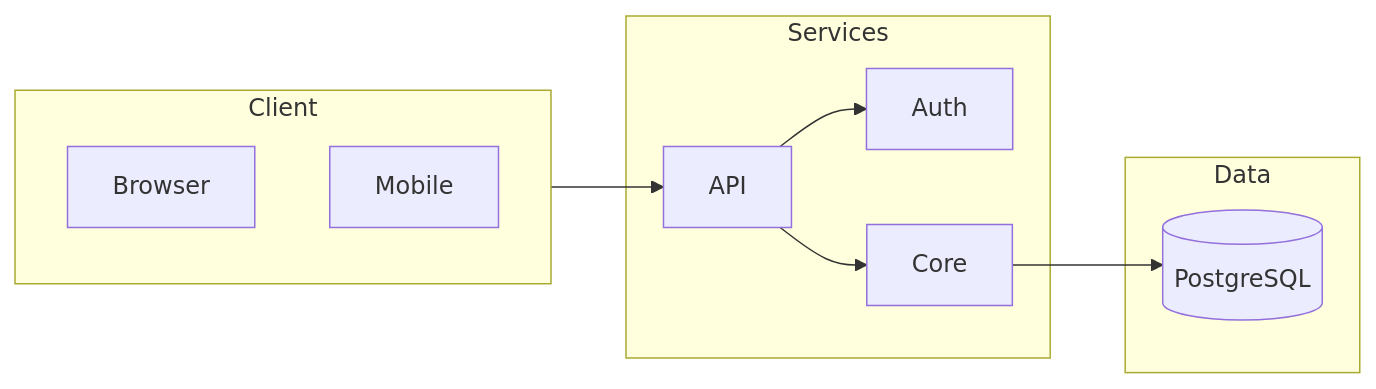
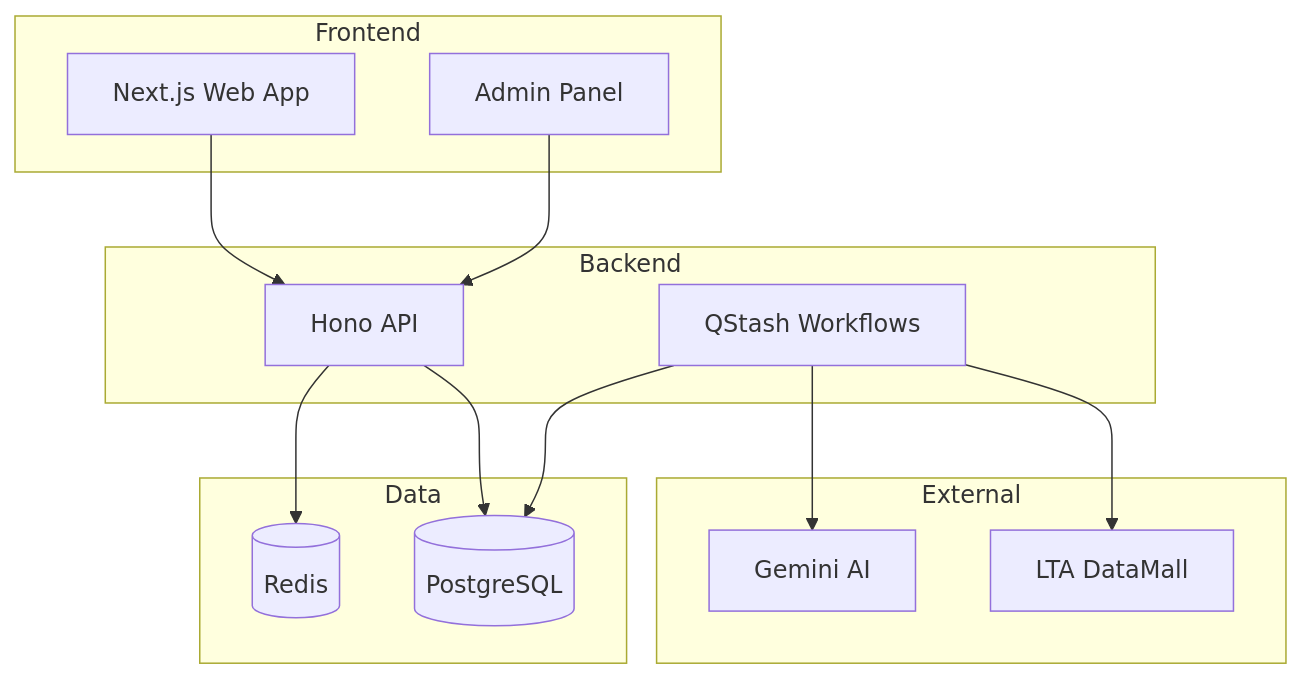
Before and after one commit to runkids/claude-skill-registry: the seventh of 17 diagrams in skills/data/mermaid-diagrams/SKILL.md, drawn with Mermaid. The commit also changed other lines of this file and 18603 other files, not shown here.

````diff
--- a/skills/data/mermaid-diagrams/SKILL.md
+++ b/skills/data/mermaid-diagrams/SKILL.md
@@ -63,14 +347,30 @@
 ```mermaid
-flowchart LR
-    subgraph Client
-        Browser & Mobile
+flowchart TB
+    subgraph Frontend
+        Web[Next.js Web App]
+        Admin[Admin Panel]
     end
-    subgraph Services
-        API --> Auth & Core
+
+    subgraph Backend
+        API[Hono API]
+        Workflows[QStash Workflows]
     end
+
     subgraph Data
         DB[(PostgreSQL)]
+        Cache[(Redis)]
     end
-    Client --> API
-    Core --> DB
+
+    subgraph External
+        LTA[LTA DataMall]
+        AI[Gemini AI]
+    end
+
+    Web --> API
+    Admin --> API
+    API --> DB
+    API --> Cache
+    Workflows --> LTA
+    Workflows --> AI
+    Workflows --> DB
 ```
````
